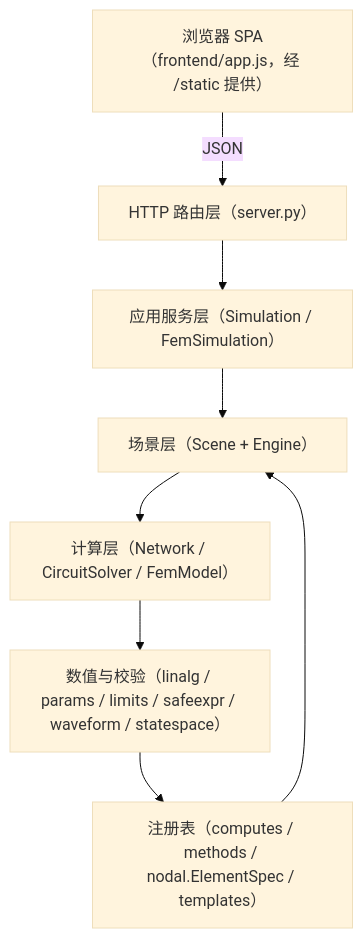
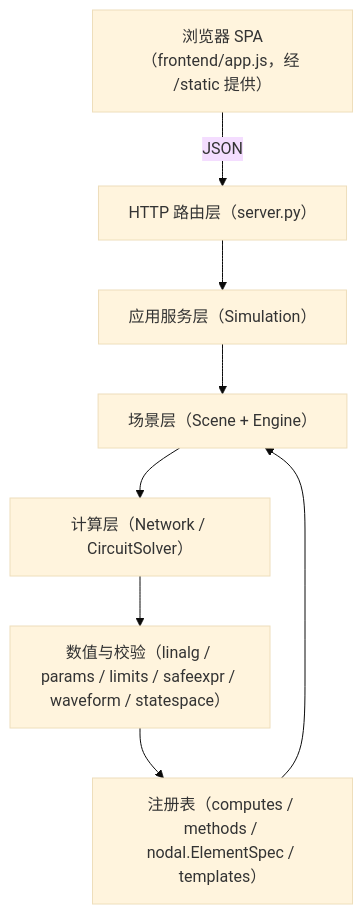
Before and after one commit to qgfn106-blip/NetLab: the first of 2 diagrams in netlab/docs/ARCHITECTURE.md, drawn with Mermaid (base theme). The commit also changed other lines of this file and 13 other files, not shown here.

````diff
--- a/netlab/docs/ARCHITECTURE.md
+++ b/netlab/docs/ARCHITECTURE.md
@@ -145,18 +141,18 @@
 ```mermaid
 flowchart TB
   UI["浏览器 SPA（frontend/app.js，经 /static 提供）"]
   API["HTTP 路由层（server.py）"]
-  SVC["应用服务层（Simulation / FemSimulation）"]
+  SVC["应用服务层（Simulation）"]
   SCENE["场景层（Scene + Engine）"]
-  MODEL["计算层（Network / CircuitSolver / FemModel）"]
+  MODEL["计算层（Network / CircuitSolver）"]
   NUM["数值与校验（linalg / params / limits / safeexpr / waveform / statespace）"]
   REG["注册表（computes / methods / nodal.ElementSpec / templates）"]
 
   UI -->|JSON| API
   API --> SVC
   SVC --> SCENE
   SCENE --> MODEL
   MODEL --> NUM
   REG --> SCENE
   NUM --> REG
 ```
````
